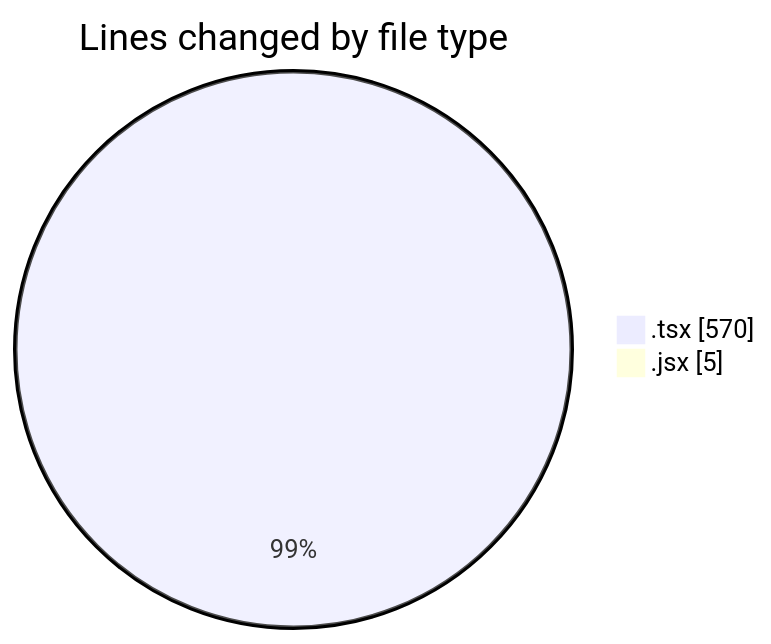
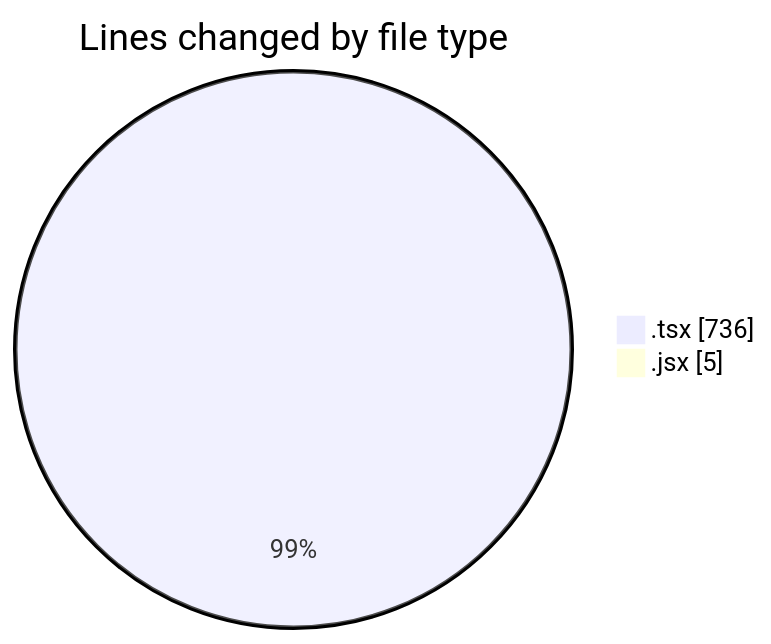
One commit to Ritupan-Deka/code-tracking changed the first of 2 diagrams in 2025-10-13/scopecraft/README.md. Above: the diagram before and after it, drawn with Mermaid. The commit also changed other lines of this file and 1 other file, not shown here.

````diff
--- a/2025-10-13/scopecraft/README.md
+++ b/2025-10-13/scopecraft/README.md
@@ -28,6 +28,6 @@
 ```mermaid
 pie showData
 title Lines changed by file type
-".tsx" : 570
+".tsx" : 736
 ".jsx" : 5
 ```
````
